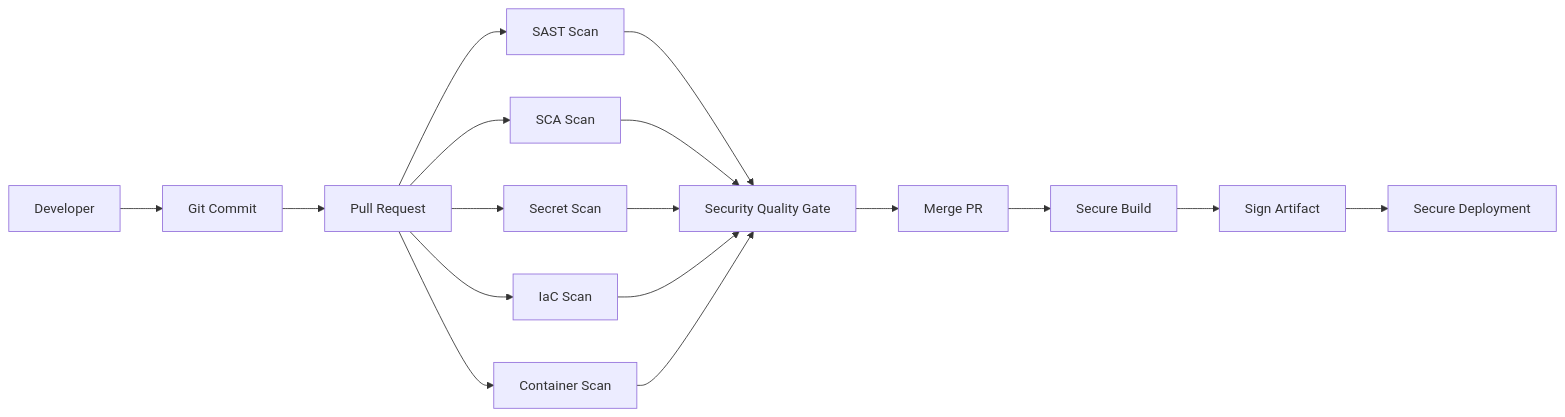
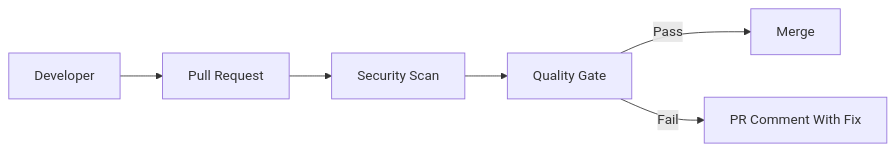
One commit to narendra486/devsecops-blogs changed the diagram in blog/2026-05-23-01-why-cicd-security-matters.mdx. Above: the diagram before and after it, drawn with Mermaid. The commit also changed other lines of this file and 53 other files, not shown here.

````diff
--- a/blog/2026-05-23-01-why-cicd-security-matters.mdx
+++ b/blog/2026-05-23-01-why-cicd-security-matters.mdx
@@ -36,19 +31,8 @@
 ```mermaid
 flowchart LR
-    Dev[Developer] --> Commit[Git Commit]
-    Commit --> PR[Pull Request]
-    PR --> SAST[SAST Scan]
-    PR --> SCA[SCA Scan]
-    PR --> Secrets[Secret Scan]
-    PR --> IaC[IaC Scan]
-    PR --> Container[Container Scan]
-    SAST --> Gate[Security Quality Gate]
-    SCA --> Gate
-    Secrets --> Gate
-    IaC --> Gate
-    Container --> Gate
-    Gate --> Merge[Merge PR]
-    Merge --> Build[Secure Build]
-    Build --> Sign[Sign Artifact]
-    Sign --> Deploy[Secure Deployment]
+    Dev[Developer] --> PR[Pull Request]
+    PR --> Scan[Security Scan]
+    Scan --> Gate[Quality Gate]
+    Gate -->|Pass| Merge[Merge]
+    Gate -->|Fail| Comment[PR Comment With Fix]
 ```
````
